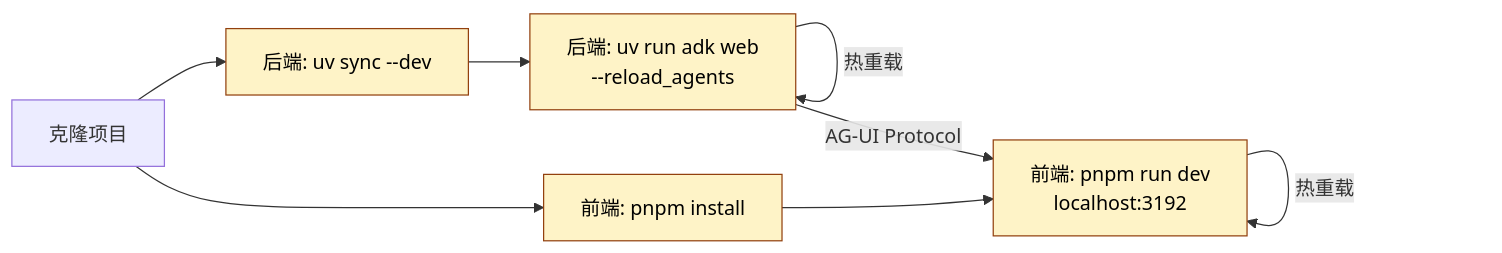
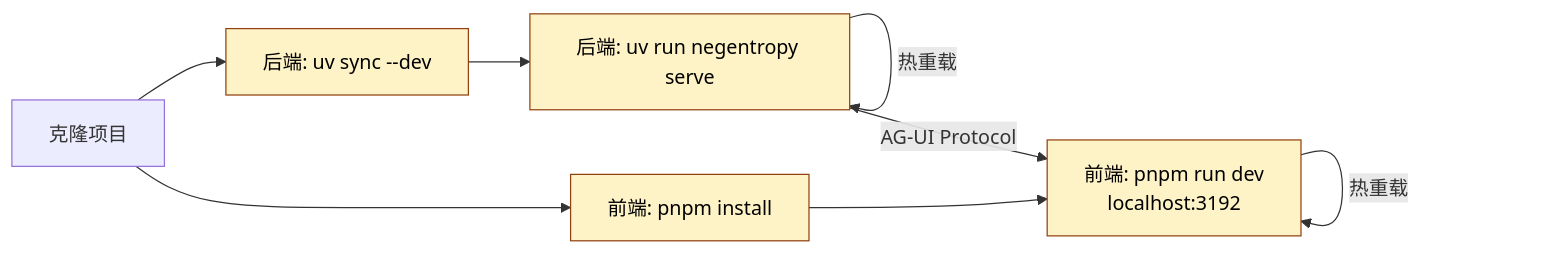
Before and after one commit to ThreeFish-AI/negentropy: the diagram in docs/development.md, drawn with Mermaid. The commit also changed other lines of this file and 480 other files, not shown here.

````diff
--- a/docs/development.md
+++ b/docs/development.md
@@ -153,17 +153,17 @@
 ```mermaid
 flowchart LR
     Start[克隆项目] --> SetupBE[后端: uv sync --dev]
     Start --> SetupFE[前端: pnpm install]
 
-    SetupBE --> DevBE[后端: uv run adk web<br>--reload_agents]
+    SetupBE --> DevBE[后端: uv run negentropy serve]
     SetupFE --> DevFE[前端: pnpm run dev<br>localhost:3192]
 
     DevBE --> |热重载| DevBE
     DevFE --> |热重载| DevFE
 
     DevBE --> |AG-UI Protocol| DevFE
 
     classDef dev fill:#FEF3C7,stroke:#92400E,color:#000
 
     class SetupBE,SetupFE,DevBE,DevFE dev
 ```
````
